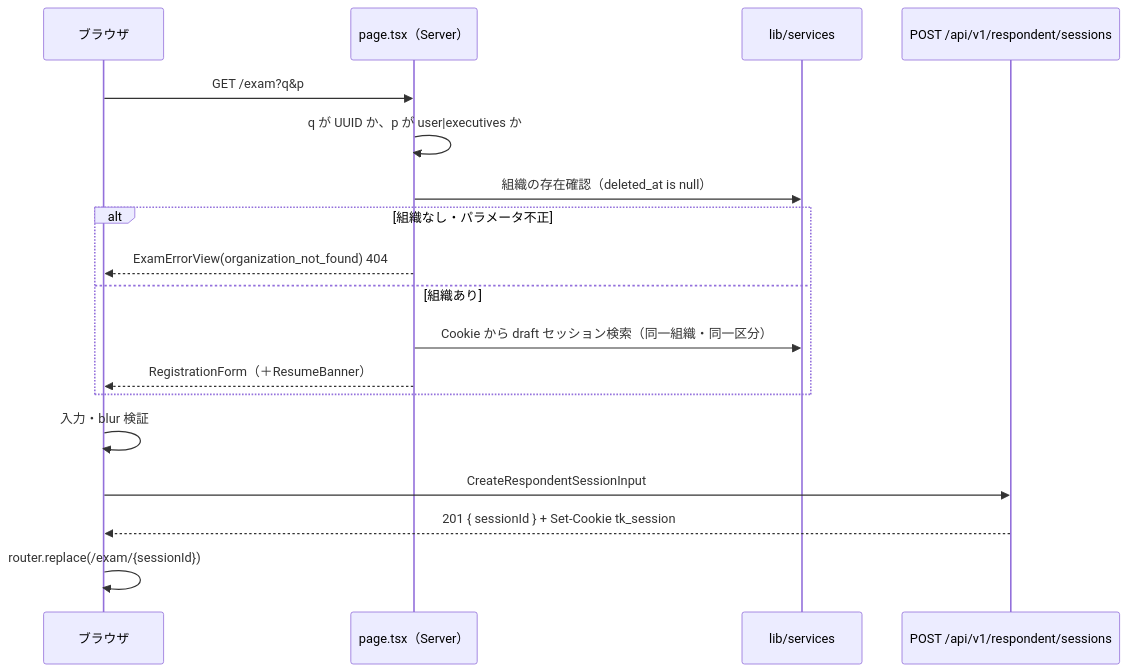
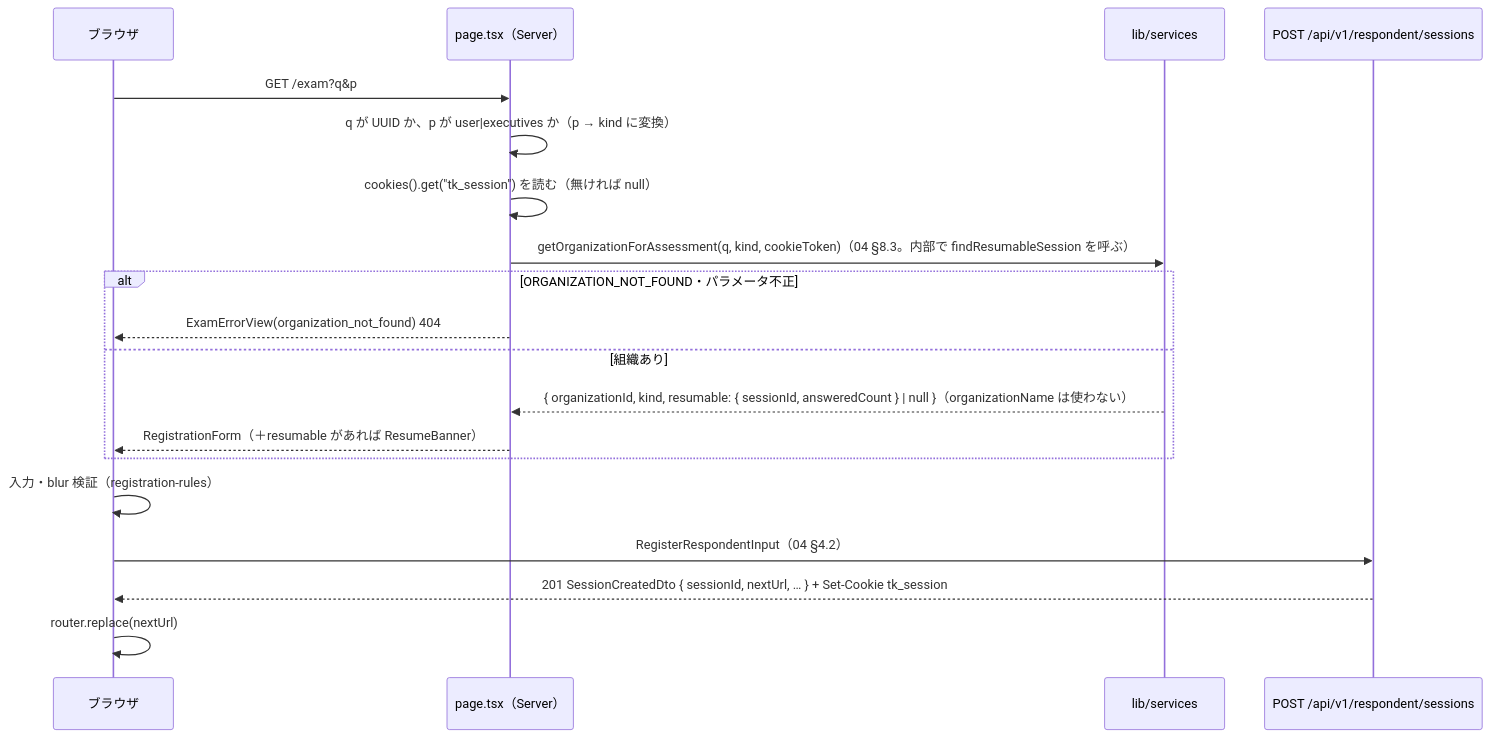
Before and after one commit to tanukichiyamaguchi/Tekisei-Kensa: the second of 2 diagrams in docs/基本設計/05_画面設計_受検者.md, drawn with Mermaid. The commit also changed other lines of this file and 10 other files, not shown here.

````diff
--- a/docs/基本設計/05_画面設計_受検者.md
+++ b/docs/基本設計/05_画面設計_受検者.md
@@ -1223,20 +1261,21 @@
 ```mermaid
 sequenceDiagram
     participant B as ブラウザ
     participant P as page.tsx（Server）
     participant S as lib/services
     participant API as POST /api/v1/respondent/sessions
     B->>P: GET /exam?q&p
-    P->>P: q が UUID か、p が user|executives か
-    P->>S: 組織の存在確認（deleted_at is null）
-    alt 組織なし・パラメータ不正
+    P->>P: q が UUID か、p が user|executives か（p → kind に変換）
+    P->>P: cookies().get("tk_session") を読む（無ければ null）
+    P->>S: getOrganizationForAssessment(q, kind, cookieToken)（04 §8.3。内部で findResumableSession を呼ぶ）
+    alt ORGANIZATION_NOT_FOUND・パラメータ不正
         P-->>B: ExamErrorView(organization_not_found) 404
     else 組織あり
-        P->>S: Cookie から draft セッション検索（同一組織・同一区分）
-        P-->>B: RegistrationForm（＋ResumeBanner）
+        S-->>P: { organizationId, kind, resumable: { sessionId, answeredCount } | null }（organizationName は使わない）
+        P-->>B: RegistrationForm（＋resumable があれば ResumeBanner）
     end
-    B->>B: 入力・blur 検証
-    B->>API: CreateRespondentSessionInput
-    API-->>B: 201 { sessionId } + Set-Cookie tk_session
-    B->>B: router.replace(/exam/{sessionId})
+    B->>B: 入力・blur 検証（registration-rules）
+    B->>API: RegisterRespondentInput（04 §4.2）
+    API-->>B: 201 SessionCreatedDto { sessionId, nextUrl, … } + Set-Cookie tk_session
+    B->>B: router.replace(nextUrl)
 ```
````
